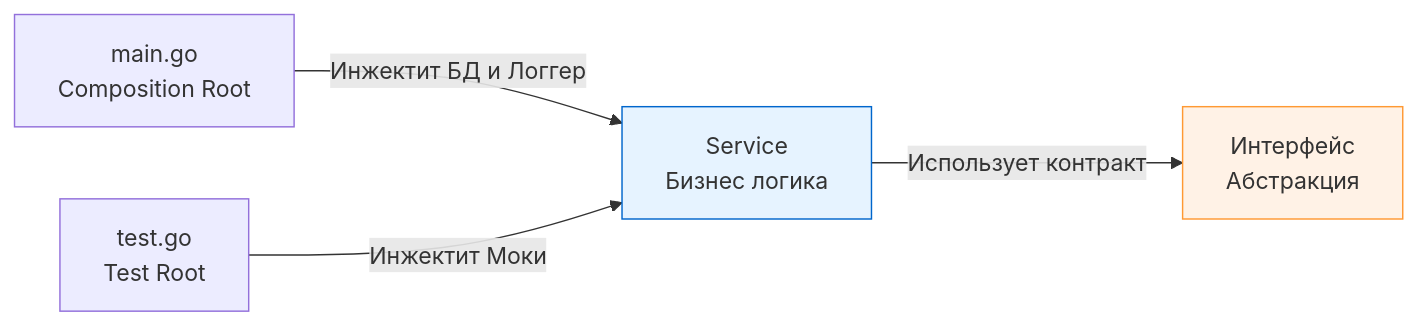
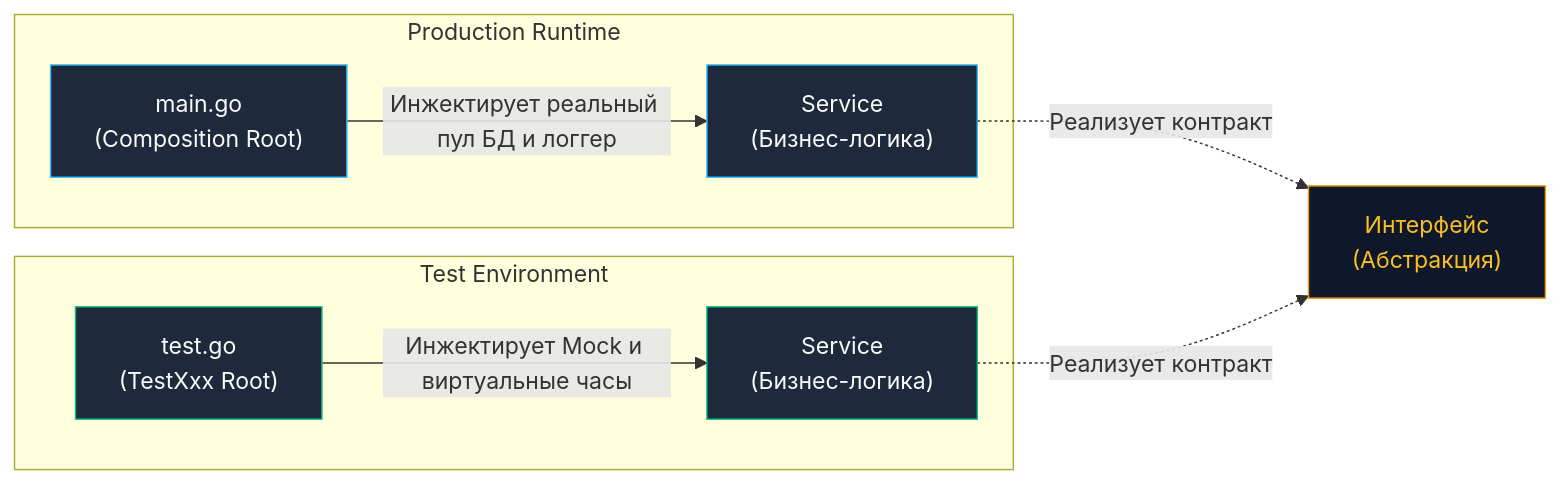
One commit to UnrealTemplier/go-textbook changed the diagram in sources/15. Тестирование в Go (QA & Testing)/01. Фундамент/8. Dependency injection для тестируемости.md. Above: the diagram before and after it, drawn with Mermaid. The commit also changed other lines of this file, not shown here.

````diff
--- a/sources/15. Тестирование в Go (QA & Testing)/01. Фундамент/8. Dependency injection для тестируемости.md
+++ b/sources/15. Тестирование в Go (QA & Testing)/01. Фундамент/8. Dependency injection для тестируемости.md
@@ -14,9 +19,21 @@
 ```mermaid
 flowchart LR
-    Main["main.go<br>Composition Root"] -->|"Инжектит БД и Логгер"| Service["Service<br>Бизнес логика"]
-    Test["test.go<br>Test Root"] -->|"Инжектит Моки"| Service
-    Service -->|"Использует контракт"| Interface["Интерфейс<br>Абстракция"]
+    subgraph Production["Production Runtime"]
+        Main["main.go<br/>(Composition Root)"] -->|"Инжектирует реальный пул БД и логгер"| ServiceProd["Service<br/>(Бизнес-логика)"]
+    end
+
+    subgraph Testing["Test Environment"]
+        Test["test.go<br/>(TestXxx Root)"] -->|"Инжектирует Mock и виртуальные часы"| ServiceTest["Service<br/>(Бизнес-логика)"]
+    end
+
+    ServiceProd -.->|"Реализует контракт"| Interface["Интерфейс<br/>(Абстракция)"]
+    ServiceTest -.->|"Реализует контракт"| Interface
+
+    classDef prod fill:#1e293b,stroke:#38bdf8,stroke-width:1px,color:#f8fafc;
+    classDef test fill:#1e293b,stroke:#10b981,stroke-width:1px,color:#f8fafc;
+    classDef iface fill:#0f172a,stroke:#f59e0b,stroke-width:1px,color:#fbbf24;
     
-    style Service fill:#e6f3ff,stroke:#0066cc
-    style Interface fill:#fff2e6,stroke:#ff9933
+    class Main,ServiceProd prod;
+    class Test,ServiceTest test;
+    class Interface iface;
 ```
````
